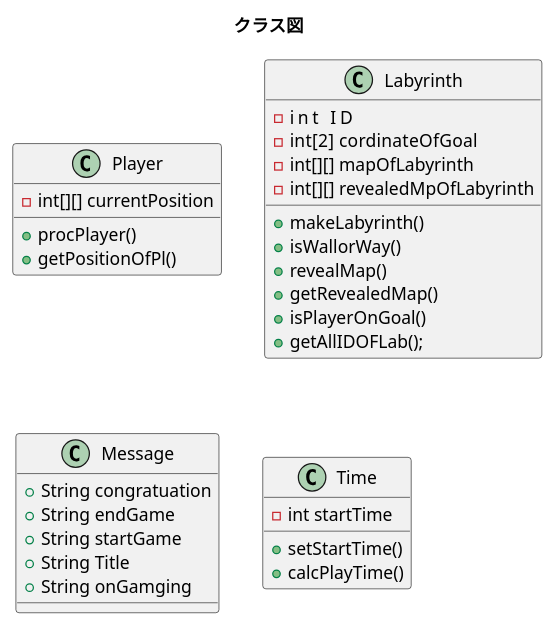
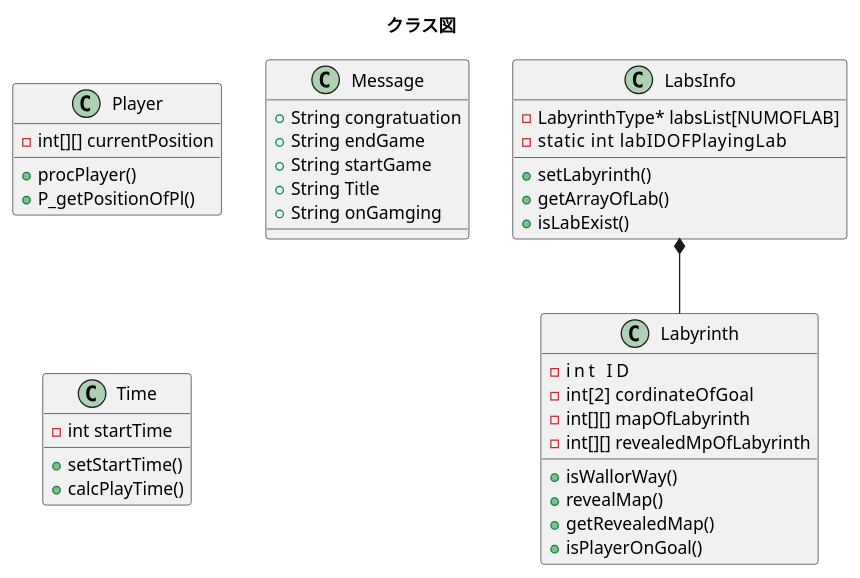
One commit to horiyoshihiro/LabyrinthGame changed the diagram in Doc/class.pu. Above: the diagram before and after it, drawn with PlantUML. The commit also changed 21 other files, not shown here.

```diff
--- a/Doc/class.pu
+++ b/Doc/class.pu
@@ -1,35 +1,44 @@
 @startuml
 title クラス図
 
 class Player {
     -int[][] currentPosition
     +procPlayer()
-    +getPositionOfPl()
+    +P_getPositionOfPl()
 }
 class Labyrinth {
     -int     ID
     -int[2]  cordinateOfGoal
     -int[][] mapOfLabyrinth
     -int[][] revealedMpOfLabyrinth
-    +makeLabyrinth()
+    
     +isWallorWay()
     +revealMap()
     +getRevealedMap()
     +isPlayerOnGoal()
-    +getAllIDOFLab();
 }
+class LabsInfo {
+    -LabyrinthType* labsList[NUMOFLAB]
+    -static int     labIDOFPlayingLab
+    +setLabyrinth()
+    +getArrayOfLab()
+    +isLabExist()
+}
+
 class Message {
     +String congratuation
     +String endGame
     +String startGame
     +String Title
     +String onGamging
 }
 class Time {
     -int startTime
     +setStartTime()
     +calcPlayTime()
 }
 
+LabsInfo *-- Labyrinth  
+
 
 @enduml
```
